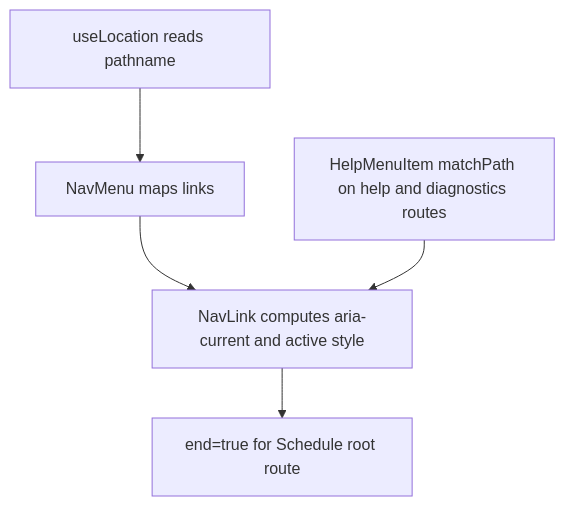
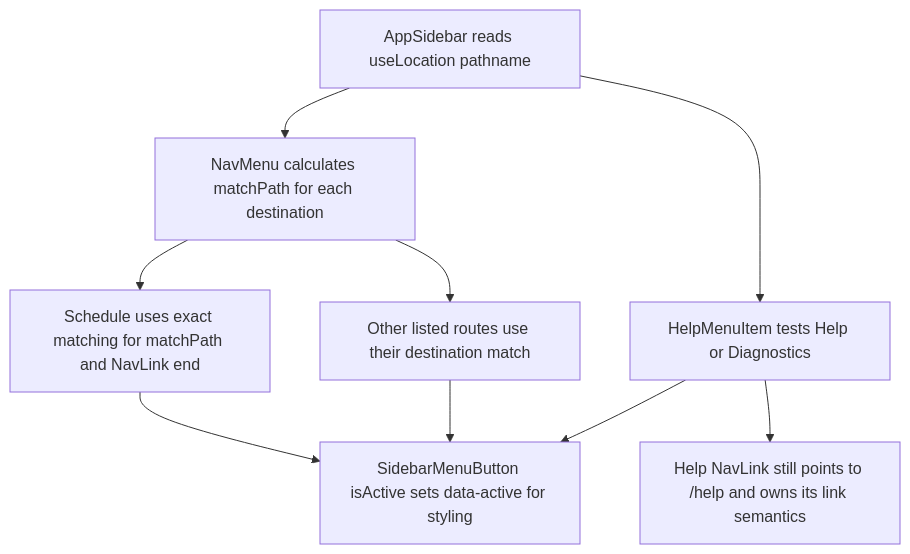
The second of 2 diagrams in user-stories/navigation/US-NAV-02-active-section-indicated.md (Kevinjohn/capacitylens), drawn with Mermaid before and after one commit. The commit also changed other lines of this file and 172 other files, not shown here.

Commit message:
docs: reconcile user story code flows with source

````diff
--- a/user-stories/navigation/US-NAV-02-active-section-indicated.md
+++ b/user-stories/navigation/US-NAV-02-active-section-indicated.md
@@ -34,7 +34,11 @@
 ```mermaid
 flowchart TD
-  loc["useLocation reads pathname"] --> menu["NavMenu maps links"]
-  menu --> nav["NavLink computes aria-current and active style"]
-  nav --> root["end=true for Schedule root route"]
-  help["HelpMenuItem matchPath on help and diagnostics routes"] --> nav
+  loc["AppSidebar reads useLocation pathname"] --> menu["NavMenu calculates matchPath for each destination"]
+  menu --> root["Schedule uses exact matching for matchPath and NavLink end"]
+  menu --> other["Other listed routes use their destination match"]
+  root --> paint["SidebarMenuButton isActive sets data-active for styling"]
+  other --> paint
+  loc --> help["HelpMenuItem tests Help or Diagnostics"]
+  help --> paint
+  help --> semantics["Help NavLink still points to /help and owns its link semantics"]
 ```
````
